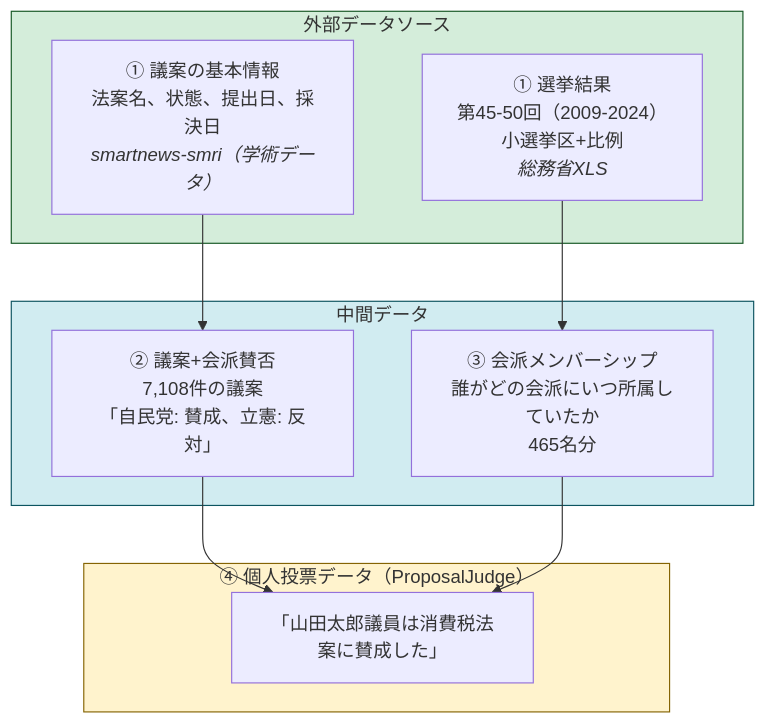
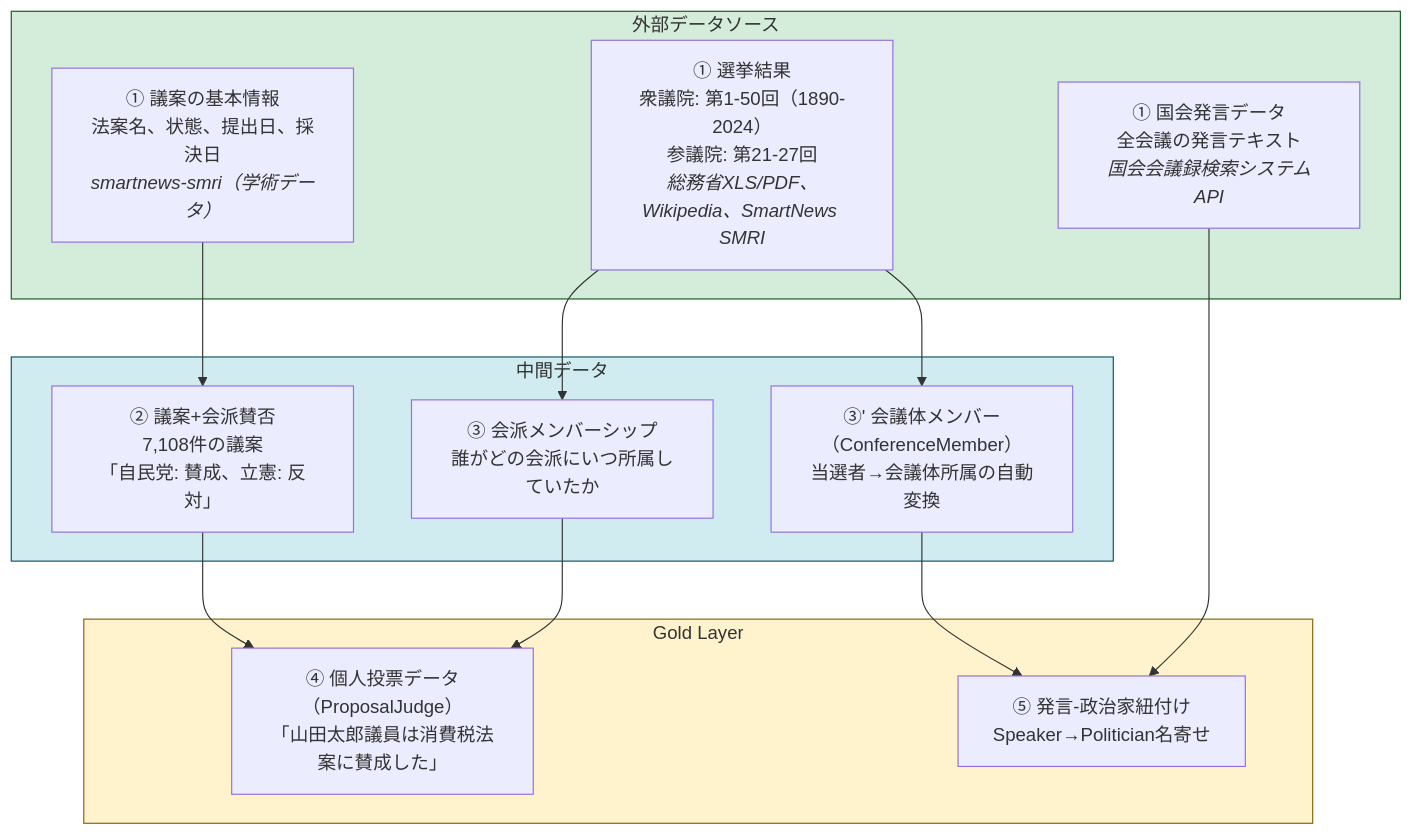
One commit to sage-base/corporation-docs changed the diagram in docs/development/data-creation/index.md. Above: the diagram before and after it, drawn with Mermaid. The commit also changed other lines of this file and 7 other files, not shown here.

````diff
--- a/docs/development/data-creation/index.md
+++ b/docs/development/data-creation/index.md
@@ -12,25 +12,31 @@
 ```mermaid
 flowchart TB
-    subgraph Gold["④ 個人投票データ（ProposalJudge）"]
-        G1["「山田太郎議員は消費税法案に賛成した」"]
+    subgraph Gold["Gold Layer"]
+        G1["④ 個人投票データ（ProposalJudge）<br/>「山田太郎議員は消費税法案に賛成した」"]
+        G2["⑤ 発言-政治家紐付け<br/>Speaker→Politician名寄せ"]
     end
 
     subgraph Silver["中間データ"]
         S1["② 議案+会派賛否<br/>7,108件の議案<br/>「自民党: 賛成、立憲: 反対」"]
-        S2["③ 会派メンバーシップ<br/>誰がどの会派にいつ所属していたか<br/>465名分"]
+        S2["③ 会派メンバーシップ<br/>誰がどの会派にいつ所属していたか"]
+        S3["③' 会議体メンバー（ConferenceMember）<br/>当選者→会議体所属の自動変換"]
     end
 
     subgraph Bronze["外部データソース"]
         B1["① 議案の基本情報<br/>法案名、状態、提出日、採決日<br/><i>smartnews-smri（学術データ）</i>"]
-        B2["① 選挙結果<br/>第45-50回（2009-2024）<br/>小選挙区+比例<br/><i>総務省XLS</i>"]
+        B2["① 選挙結果<br/>衆議院: 第1-50回（1890-2024）<br/>参議院: 第21-27回<br/><i>総務省XLS/PDF、Wikipedia、SmartNews SMRI</i>"]
+        B3["① 国会発言データ<br/>全会議の発言テキスト<br/><i>国会会議録検索システムAPI</i>"]
     end
 
     B1 --> S1
     B2 --> S2
+    B2 --> S3
     S1 --> G1
     S2 --> G1
+    B3 --> G2
+    S3 --> G2
 
     style Gold fill:#fff3cd,stroke:#856404
     style Silver fill:#d1ecf1,stroke:#0c5460
     style Bronze fill:#d4edda,stroke:#155724
 ```
````
